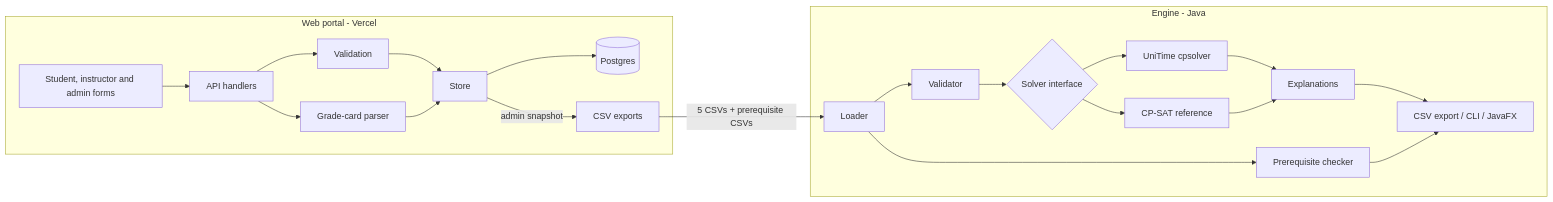
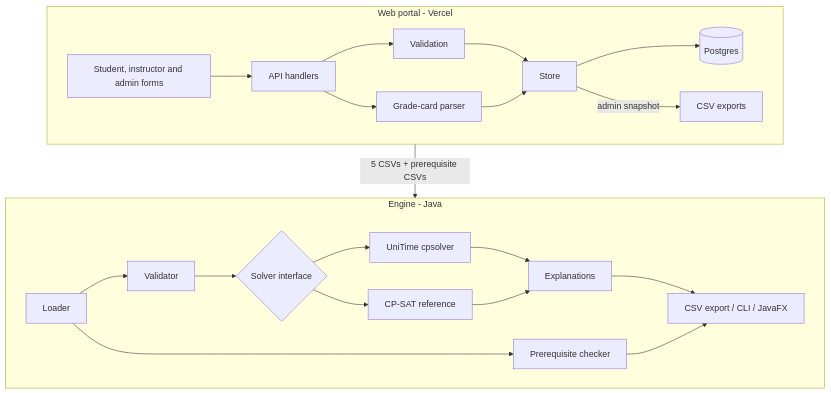
Before and after one commit to lazarsalt1441/CS5013-PROJECT: the diagram in DESIGN.md, drawn with Mermaid.

Commit message:
docs(design): stack the architecture diagram vertically for legibility
Side by side, the two halves shrank to about 3 pt labels when printed
to A4. Portal above engine, each laid out left to right.

Claude-Session: https://claude.ai/code/session_01Q2K1ooqSHT4busqL96s6t5

````diff
--- a/DESIGN.md
+++ b/DESIGN.md
@@ -102,22 +102,24 @@
 ```mermaid
-flowchart LR
+flowchart TB
     subgraph Portal [Web portal - Vercel]
+      direction LR
       F[Student, instructor and admin forms] --> API[API handlers]
       API --> V[Validation]
       API --> GC[Grade-card parser]
       V --> ST[Store]
       GC --> ST
       ST --> DB[(Postgres)]
       ST -->|admin snapshot| EXP[CSV exports]
     end
     EXP -->|5 CSVs + prerequisite CSVs| L
     subgraph Engine [Engine - Java]
+      direction LR
       L[Loader] --> VAL[Validator] --> S{Solver interface}
       S --> U[UniTime cpsolver]
       S --> C[CP-SAT reference]
       U --> X[Explanations]
       C --> X
       X --> O[CSV export / CLI / JavaFX]
       L --> PC[Prerequisite checker] --> O
     end
 ```
````
